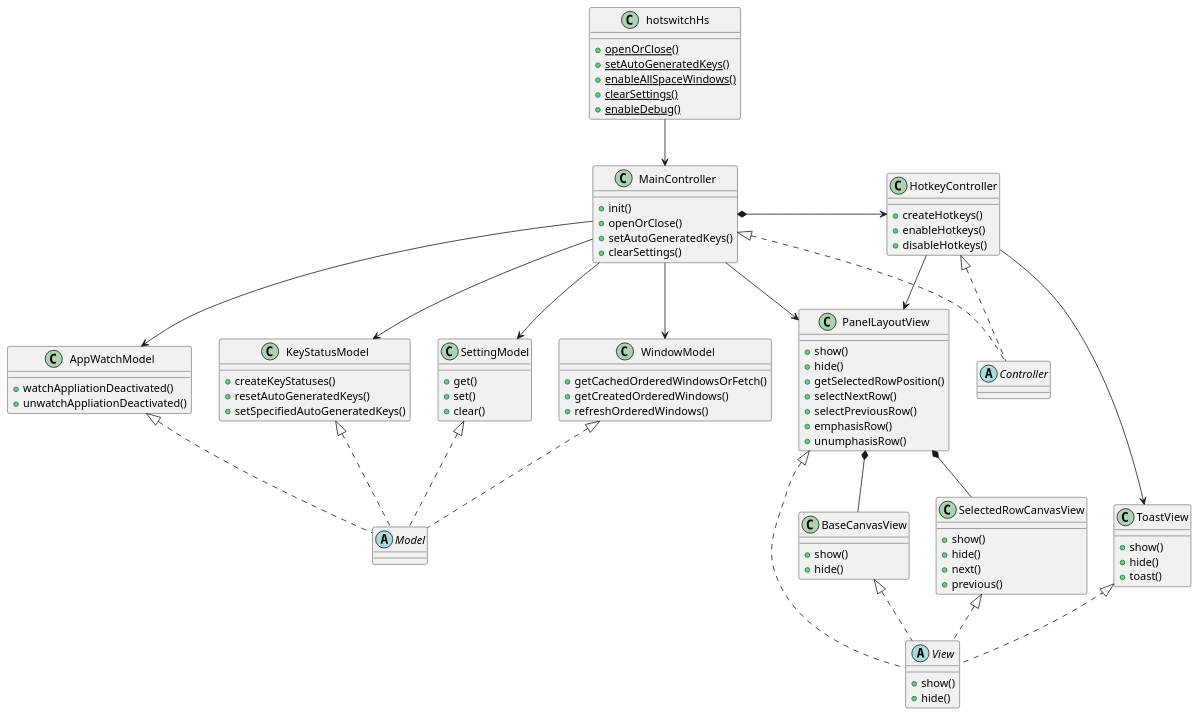
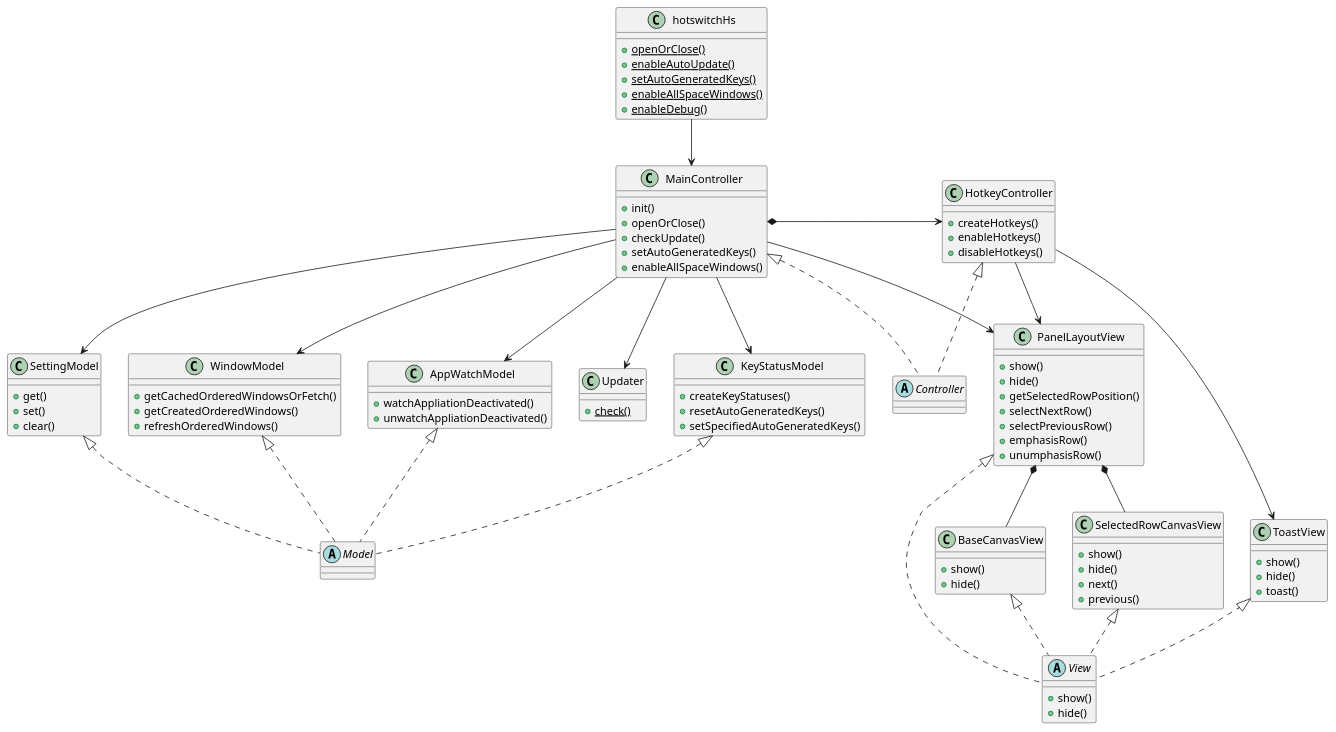
Before and after one commit to oniatsu/HotSwitch-HS: the diagram in doc/uml/class_diagram.pu, drawn with PlantUML. The commit also changed 1 other file, not shown here.

```diff
--- a/doc/uml/class_diagram.pu
+++ b/doc/uml/class_diagram.pu
@@ -1,103 +1,110 @@
 @startuml class_diagram
 
 class hotswitchHs {
     {static} +openOrClose()
+    {static} +enableAutoUpdate()
     {static} +setAutoGeneratedKeys()
     {static} +enableAllSpaceWindows()
-    {static} +clearSettings()
     {static} +enableDebug()
 }
 
 class MainController {
     +init()
     +openOrClose()
+    +checkUpdate()
     +setAutoGeneratedKeys()
-    +clearSettings()
+    +enableAllSpaceWindows()
 }
 class HotkeyController {
     +createHotkeys()
     +enableHotkeys()
     +disableHotkeys()
 }
 abstract Controller
 
 class KeyStatusModel {
     +createKeyStatuses()
     +resetAutoGeneratedKeys()
     +setSpecifiedAutoGeneratedKeys()
 }
 class SettingModel {
     +get()
     +set()
     +clear()
 }
 class WindowModel {
     +getCachedOrderedWindowsOrFetch()
     +getCreatedOrderedWindows()
     +refreshOrderedWindows()
 }
 class AppWatchModel {
     +watchAppliationDeactivated()
     +unwatchAppliationDeactivated()
 }
 abstract Model
 
 class PanelLayoutView {
     +show()
     +hide()
     +getSelectedRowPosition()
     +selectNextRow()
     +selectPreviousRow()
     +emphasisRow()
     +unumphasisRow()
 }
 class BaseCanvasView {
     +show()
     +hide()
 }
 class SelectedRowCanvasView {
     +show()
     +hide()
     +next()
     +previous()
 }
 class ToastView {
     +show()
     +hide()
     +toast()
 }
 abstract View {
     +show()
     +hide()
 }
 
+class Updater {
+    {static} +check()
+}
+
 hotswitchHs --> MainController
 
 MainController *-> HotkeyController
 
 MainController --> PanelLayoutView
 MainController --> KeyStatusModel
 MainController --> SettingModel
 MainController --> WindowModel
 MainController --> AppWatchModel
 
 HotkeyController --> PanelLayoutView
 HotkeyController --> ToastView
 
 KeyStatusModel <|.. Model
 SettingModel <|.. Model
 WindowModel <|.. Model
 AppWatchModel <|.. Model
 
 PanelLayoutView <|.. View
 BaseCanvasView <|.. View
 SelectedRowCanvasView <|.. View
 ToastView <|.. View
 
 MainController <|.. Controller
 HotkeyController <|.. Controller
 
 PanelLayoutView *-- BaseCanvasView 
 PanelLayoutView *-- SelectedRowCanvasView 
 
+MainController --> Updater
+
 @endum
```
